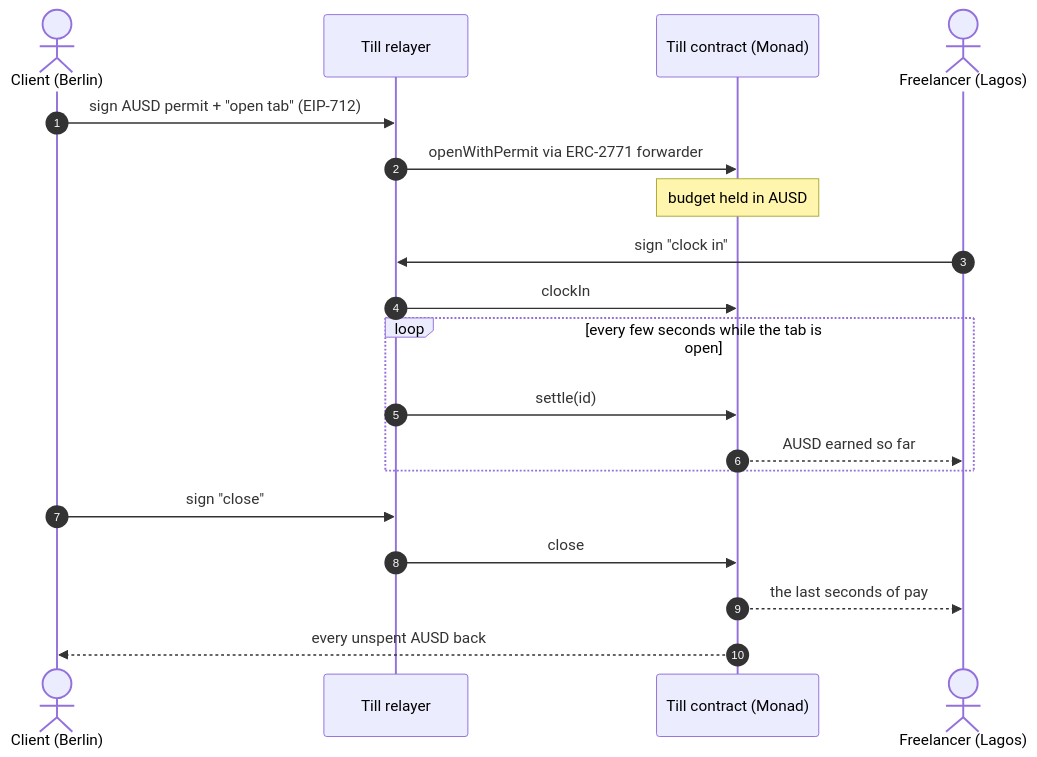
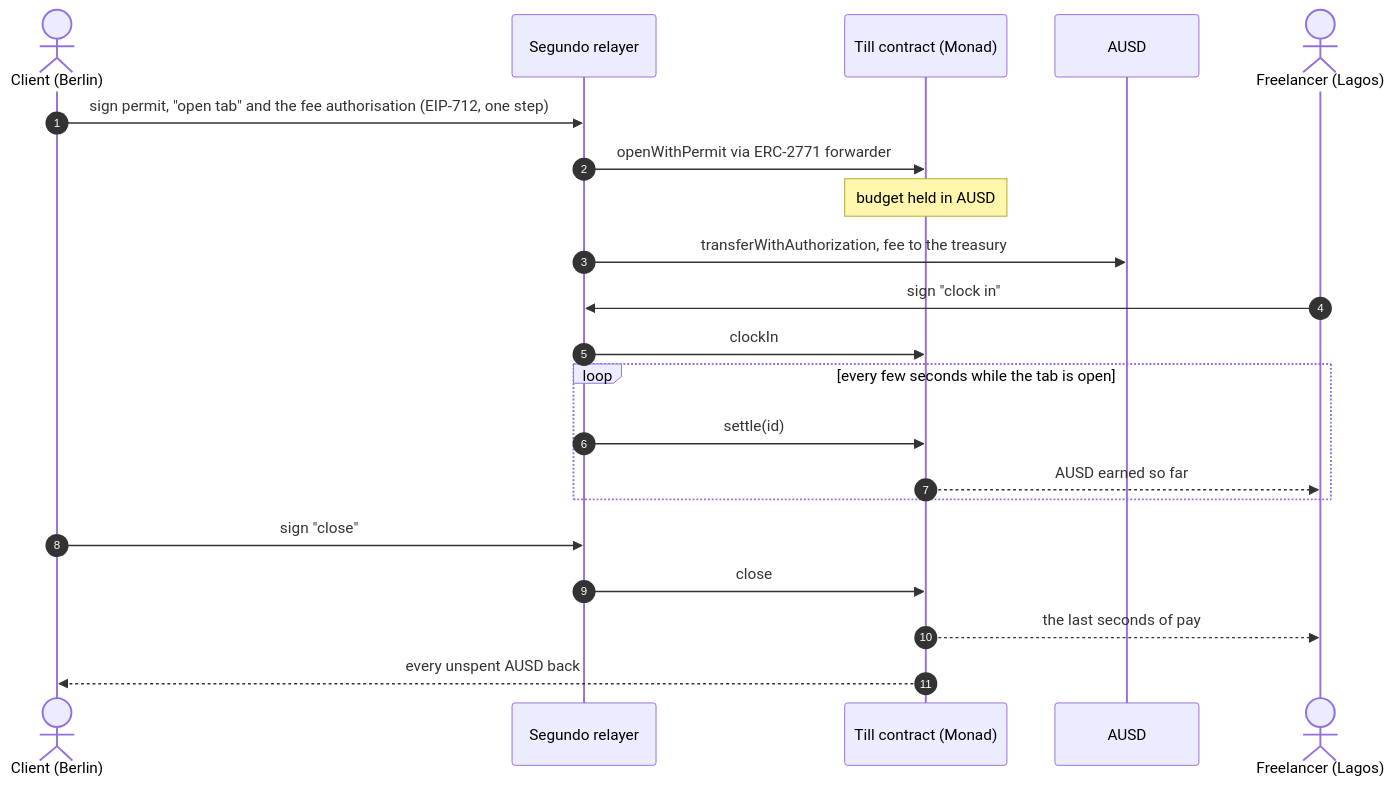
The first of 2 diagrams in README.md (RohanGlitched/segundo), drawn with Mermaid before and after one commit. The commit also changed other lines of this file and 49 other files, not shown here.

Commit message:
Docs for Segundo: README, VERIFY with the fee on chain, SECURITY; repo links

````diff
--- a/README.md
+++ b/README.md
@@ -43,21 +52,23 @@
 ```mermaid
 sequenceDiagram
     autonumber
     actor C as Client (Berlin)
-    participant R as Till relayer
+    participant R as Segundo relayer
     participant T as Till contract (Monad)
+    participant A as AUSD
     actor F as Freelancer (Lagos)
-    C->>R: sign AUSD permit + "open tab" (EIP-712)
+    C->>R: sign permit, "open tab" and the fee authorisation (EIP-712, one step)
     R->>T: openWithPermit via ERC-2771 forwarder
     Note over T: budget held in AUSD
+    R->>A: transferWithAuthorization, fee to the treasury
     F->>R: sign "clock in"
     R->>T: clockIn
     loop every few seconds while the tab is open
         R->>T: settle(id)
         T-->>F: AUSD earned so far
     end
     C->>R: sign "close"
     R->>T: close
     T-->>F: the last seconds of pay
     T-->>C: every unspent AUSD back
 ```
````
